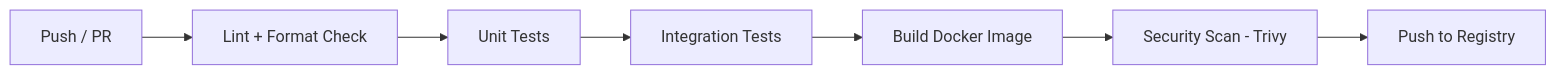
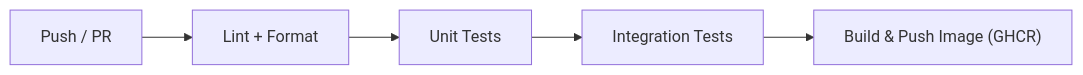
The first of 2 diagrams in ROADMAP.md (getzaa456/pulse-check), drawn with Mermaid before and after one commit. The commit also changed other lines of this file, not shown here.

Commit message:
edit phase 4 scope

````diff
--- a/ROADMAP.md
+++ b/ROADMAP.md
@@ -88,9 +88,7 @@
 ```mermaid
 flowchart LR
-    A["Push / PR"] --> B["Lint + Format Check"]
+    A["Push / PR"] --> B["Lint + Format"]
     B --> C["Unit Tests"]
     C --> D["Integration Tests"]
-    D --> E["Build Docker Image"]
-    E --> F["Security Scan - Trivy"]
-    F --> G["Push to Registry"]
+    D --> E["Build & Push Image (GHCR)"]
 ```
````
